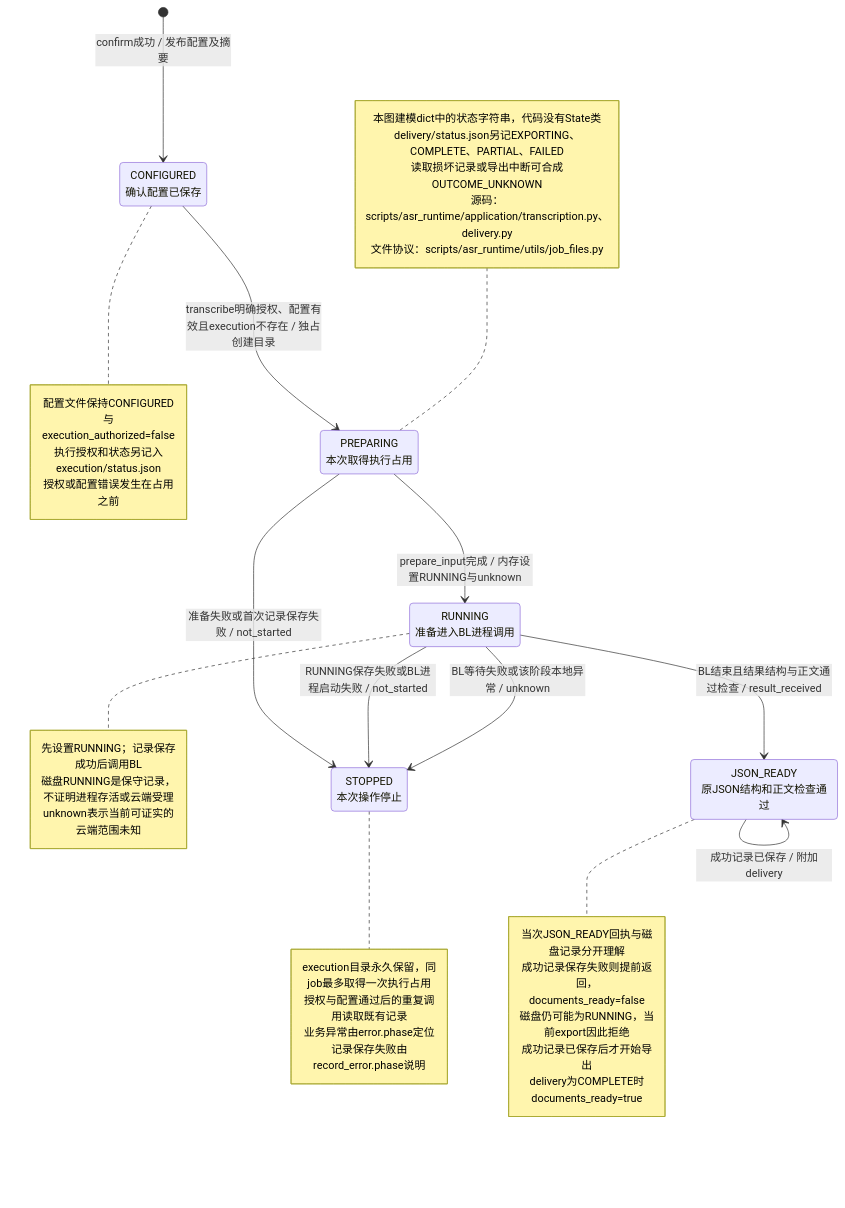
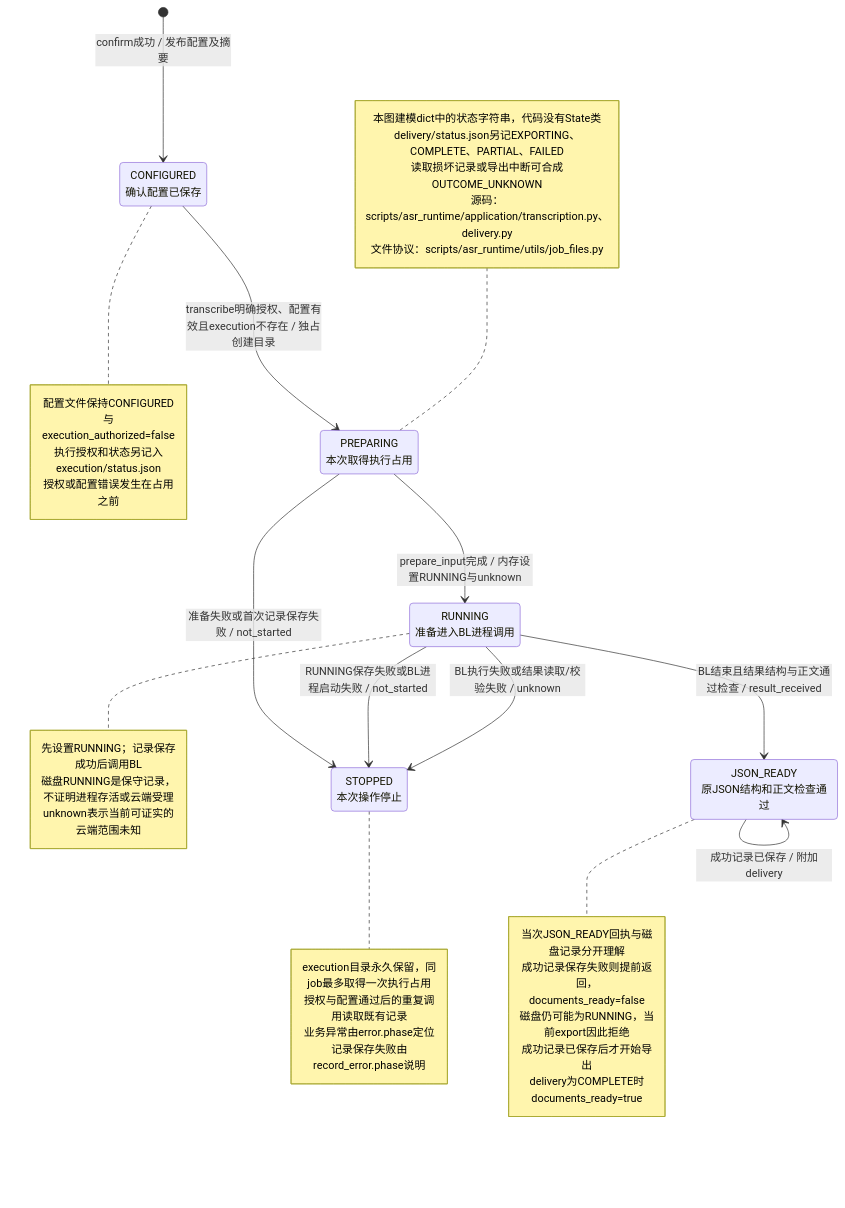
Before and after one commit to hx101700/asr-agent: the diagram in doc/uml/07-state.mmd, drawn with Mermaid. The commit also changed 25 other files, not shown here.

Commit message:
fix: simplify skill flow and recover unavailable output folders

```diff
--- a/doc/uml/07-state.mmd
+++ b/doc/uml/07-state.mmd
@@ -1,45 +1,45 @@
 stateDiagram-v2
 direction TB
 state "CONFIGURED<br/>确认配置已保存" as Configured
 state "PREPARING<br/>本次取得执行占用" as Preparing
 state "RUNNING<br/>准备进入BL进程调用" as Running
 state "STOPPED<br/>本次操作停止" as Stopped
 state "JSON_READY<br/>原JSON结构和正文检查通过" as JsonReady
 [*] --> Configured : confirm成功 / 发布配置及摘要
 Configured --> Preparing : transcribe明确授权、配置有效且execution不存在 / 独占创建目录
 Preparing --> Running : prepare_input完成 / 内存设置RUNNING与unknown
 Preparing --> Stopped : 准备失败或首次记录保存失败 / not_started
 Running --> Stopped : RUNNING保存失败或BL进程启动失败 / not_started
-Running --> Stopped : BL等待失败或该阶段本地异常 / unknown
+Running --> Stopped : BL执行失败或结果读取/校验失败 / unknown
 Running --> JsonReady : BL结束且结果结构与正文通过检查 / result_received
 JsonReady --> JsonReady : 成功记录已保存 / 附加delivery
 note right of Configured
   配置文件保持CONFIGURED与execution_authorized=false
   执行授权和状态另记入execution/status.json
   授权或配置错误发生在占用之前
 end note
 note right of Running
   先设置RUNNING；记录保存成功后调用BL
   磁盘RUNNING是保守记录，不证明进程存活或云端受理
   unknown表示当前可证实的云端范围未知
 end note
 note right of Stopped
   execution目录永久保留，同job最多取得一次执行占用
   授权与配置通过后的重复调用读取既有记录
   业务异常由error.phase定位
   记录保存失败由record_error.phase说明
 end note
 note right of JsonReady
   当次JSON_READY回执与磁盘记录分开理解
   成功记录保存失败则提前返回，documents_ready=false
   磁盘仍可能为RUNNING，当前export因此拒绝
   成功记录已保存后才开始导出
   delivery为COMPLETE时documents_ready=true
 end note
 note left of Preparing
   本图建模dict中的状态字符串，代码没有State类
   delivery/status.json另记EXPORTING、COMPLETE、PARTIAL、FAILED
   读取损坏记录或导出中断可合成OUTCOME_UNKNOWN
   源码：scripts/asr_runtime/application/transcription.py、delivery.py
   文件协议：scripts/asr_runtime/utils/job_files.py
 end note
```
